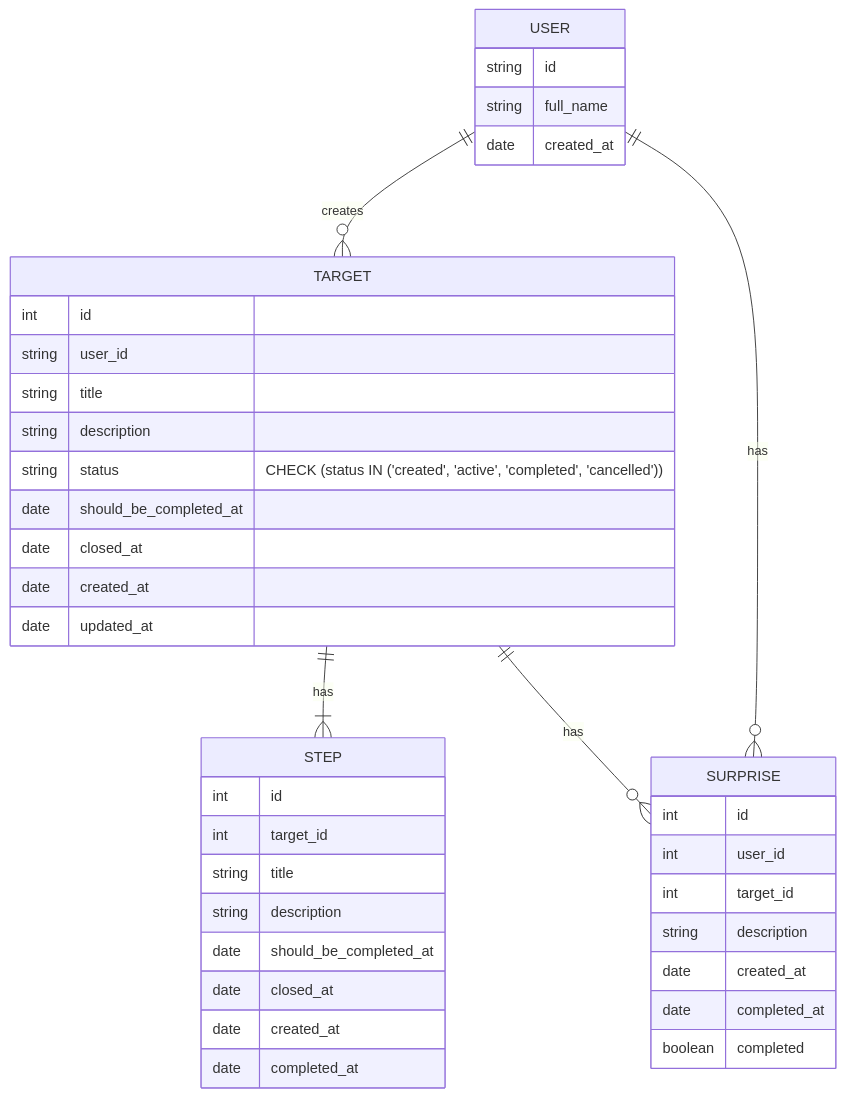
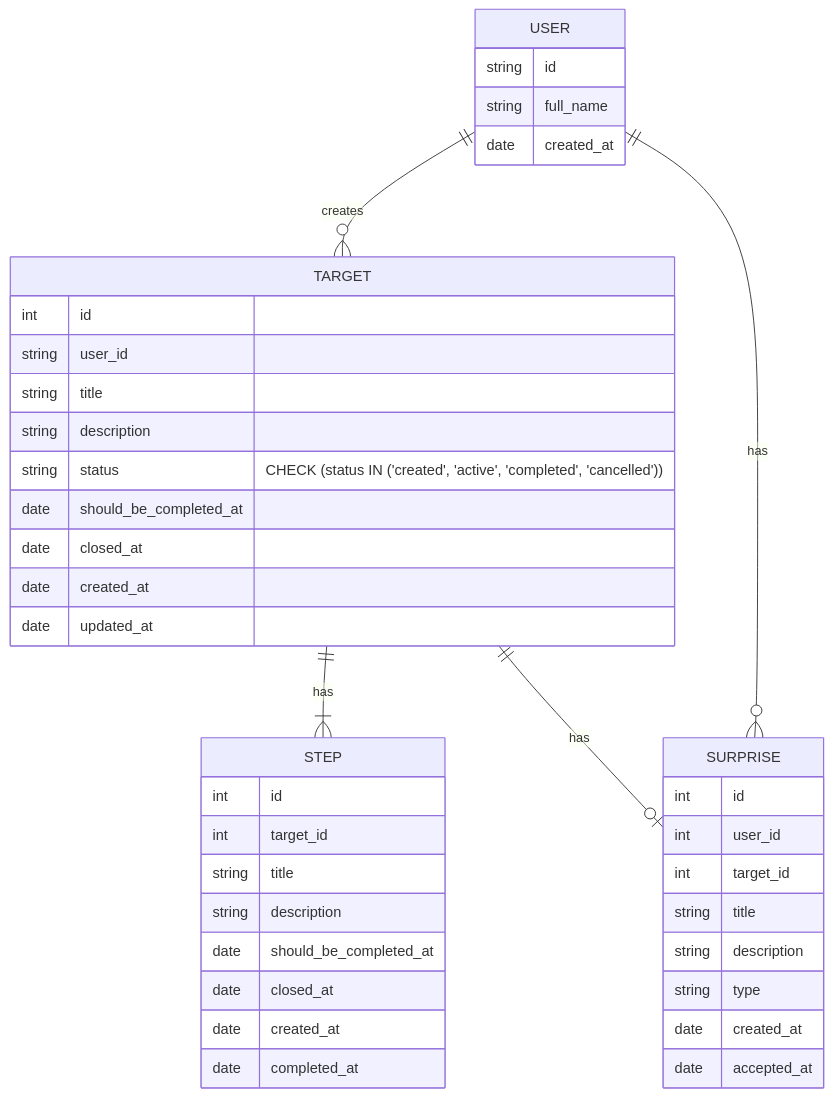
One commit to alexanderKaramushko/goals-service changed the diagram in README.md. Above: the diagram before and after it, drawn with Mermaid. The commit also changed other lines of this file, not shown here.

Commit message:
обновил доку по Surprise

````diff
--- a/README.md
+++ b/README.md
@@ -109,43 +109,44 @@
 ```mermaid
 erDiagram
     USER {
       string id
       string full_name
       date created_at
     }
     TARGET {
       int id
       string user_id
       string title
       string description
       string status "CHECK (status IN ('created', 'active', 'completed', 'cancelled'))"
       date should_be_completed_at
       date closed_at
       date created_at
       date updated_at
     }
     STEP {
       int id
       int target_id
       string title
       string description
       date should_be_completed_at
       date closed_at
       date created_at
       date completed_at
     }
     SURPRISE {
       int id
       int user_id
       int target_id
+      string title
       string description
+      string type
       date created_at
-      date completed_at
-      boolean completed
+      date accepted_at
     }
 
     USER ||--o{ TARGET : creates
     TARGET ||--|{ STEP : has
-    TARGET ||--o{ SURPRISE : has
+    TARGET ||--o| SURPRISE : has
     USER ||--o{ SURPRISE : has
 ```
````
